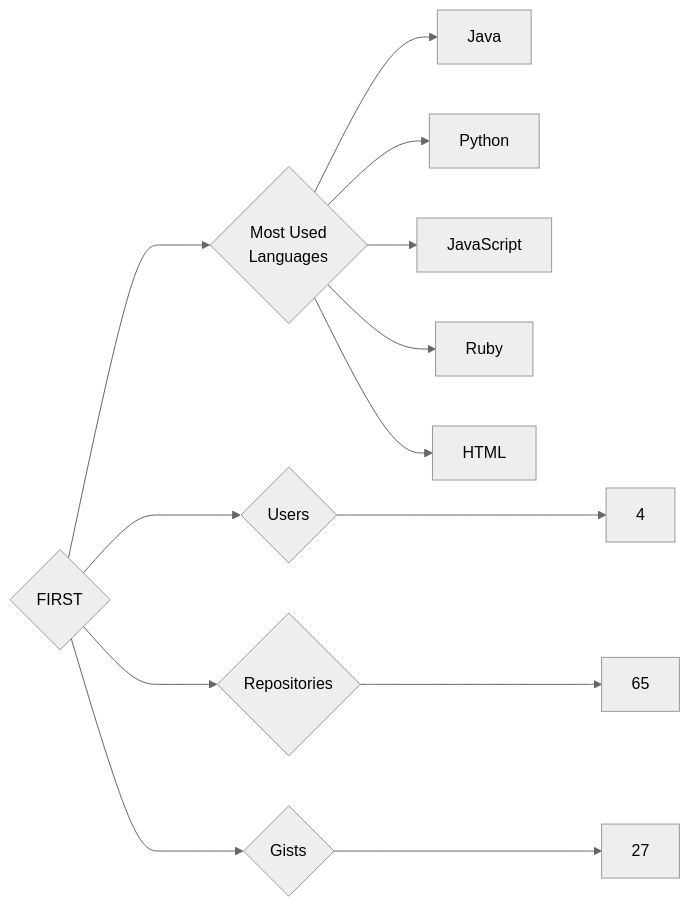
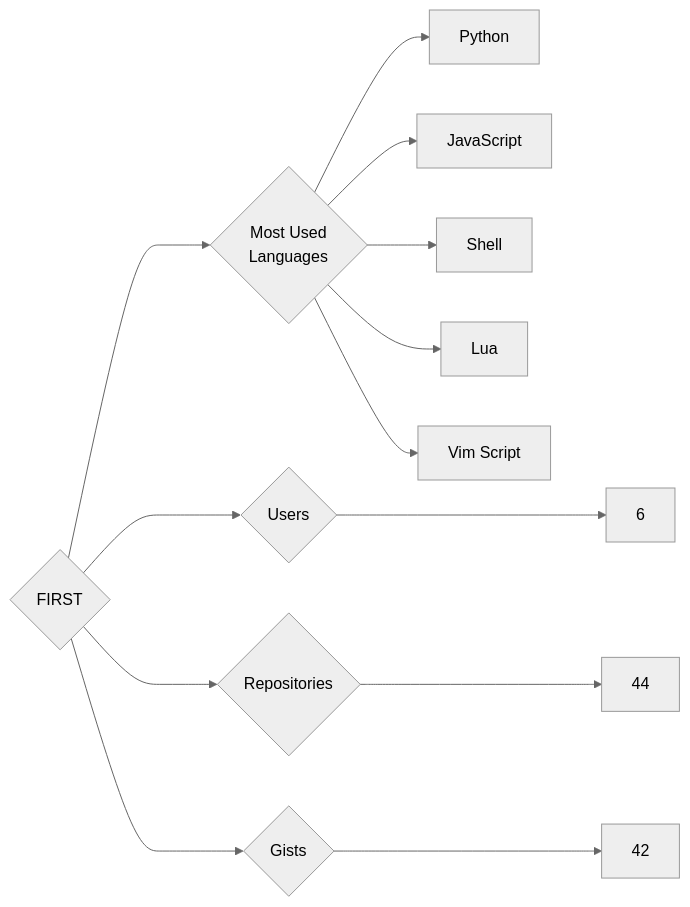
One commit to trickest/insiders changed the diagram in targets/FIRST/README.md. Above: the diagram before and after it, drawn with Mermaid (neutral theme). The commit also changed 1148 other files, not shown here.

````diff
--- a/targets/FIRST/README.md
+++ b/targets/FIRST/README.md
@@ -3,13 +3,13 @@
 ```mermaid
 graph LR
 COMPANY_NAME{FIRST}
-COMPANY_NAME ---> U{Users} ---> UN[4]
-COMPANY_NAME ---> R{Repositories} ---> RN[65]
-COMPANY_NAME ---> G{Gists} ---> GN[27]
+COMPANY_NAME ---> U{Users} ---> UN[6]
+COMPANY_NAME ---> R{Repositories} ---> RN[44]
+COMPANY_NAME ---> G{Gists} ---> GN[42]
 COMPANY_NAME ---> ML{Most Used<br>Languages}
-ML --> Java[Java]
 ML --> Python[Python]
 ML --> JavaScript[JavaScript]
-ML --> Ruby[Ruby]
-ML --> HTML[HTML]
+ML --> Shell[Shell]
+ML --> Lua[Lua]
+ML --> Vim_Script[Vim Script]
 ```
````
